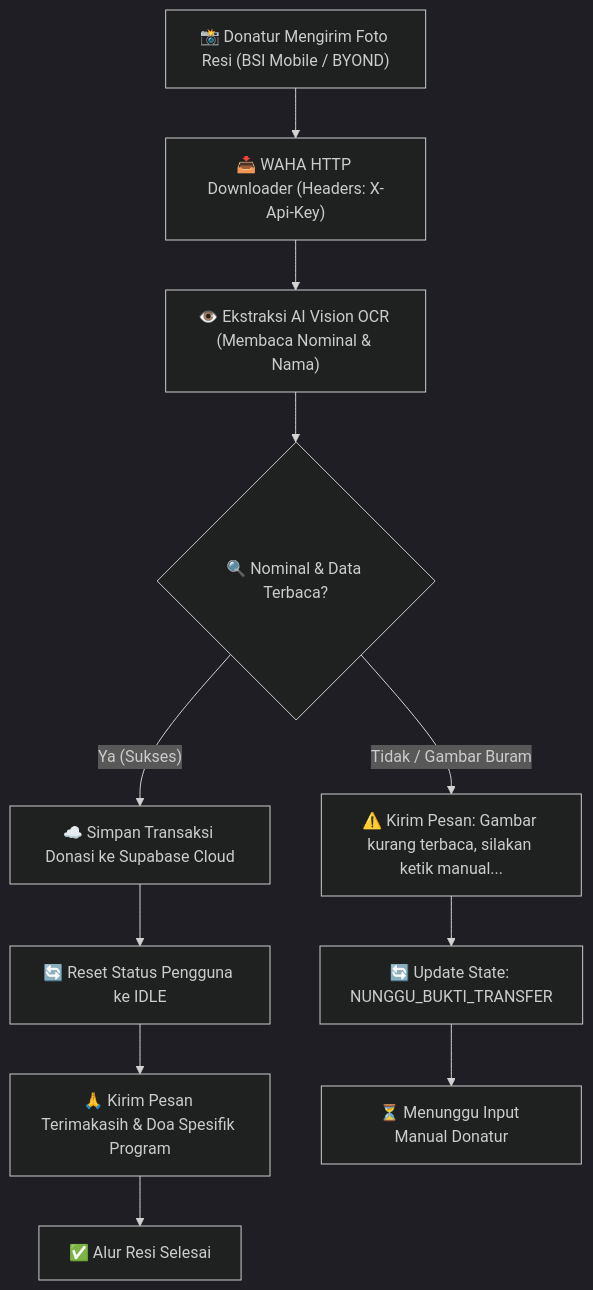
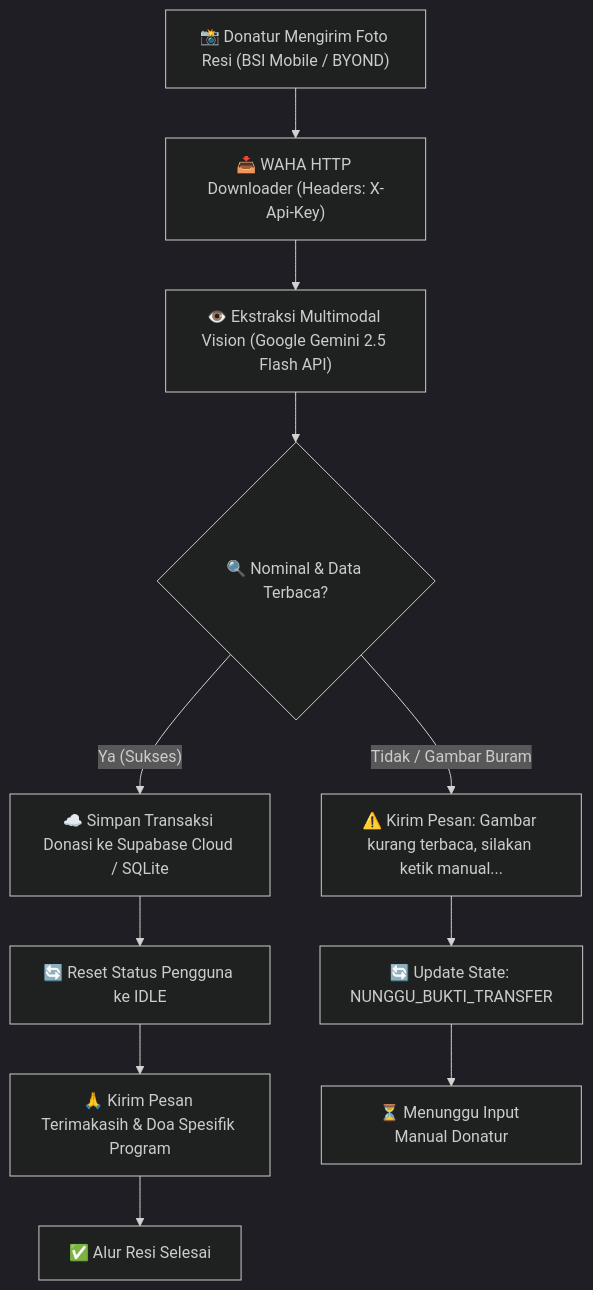
Before and after one commit to WafiJackson/Chatbot_Rumah_Amal: the sixth of 7 diagrams in README.md, drawn with Mermaid (dark theme). The commit also changed other lines of this file and 1 other file, not shown here.

Commit message:
cloud api migration

````diff
--- a/README.md
+++ b/README.md
@@ -206,15 +214,15 @@
 ```mermaid
 flowchart TD
     StartResi["📸 Donatur Mengirim Foto Resi (BSI Mobile / BYOND)"] --> DownloadImg["📥 WAHA HTTP Downloader (Headers: X-Api-Key)"]
-    DownloadImg --> ExecOCR["👁️ Ekstraksi AI Vision OCR (Membaca Nominal & Nama)"]
+    DownloadImg --> ExecOCR["👁️ Ekstraksi Multimodal Vision (Google Gemini 2.5 Flash API)"]
     ExecOCR --> CheckNominal{"🔍 Nominal & Data Terbaca?"}
 
-    CheckNominal -- "Ya (Sukses)" --> SaveSupabase["☁️ Simpan Transaksi Donasi ke Supabase Cloud"]
+    CheckNominal -- "Ya (Sukses)" --> SaveSupabase["☁️ Simpan Transaksi Donasi ke Supabase Cloud / SQLite"]
     SaveSupabase --> ResetFSM["🔄 Reset Status Pengguna ke IDLE"]
     ResetFSM --> SendDoa["🙏 Kirim Pesan Terimakasih & Doa Spesifik Program"]
     SendDoa --> EndSuccess["✅ Alur Resi Selesai"]
 
     CheckNominal -- "Tidak / Gambar Buram" --> PromptRetry["⚠️ Kirim Pesan: Gambar kurang terbaca, silakan ketik manual..."]
     PromptRetry --> SetStateWait["🔄 Update State: NUNGGU_BUKTI_TRANSFER"]
     SetStateWait --> EndRetry["⏳ Menunggu Input Manual Donatur"]
 ```
````
